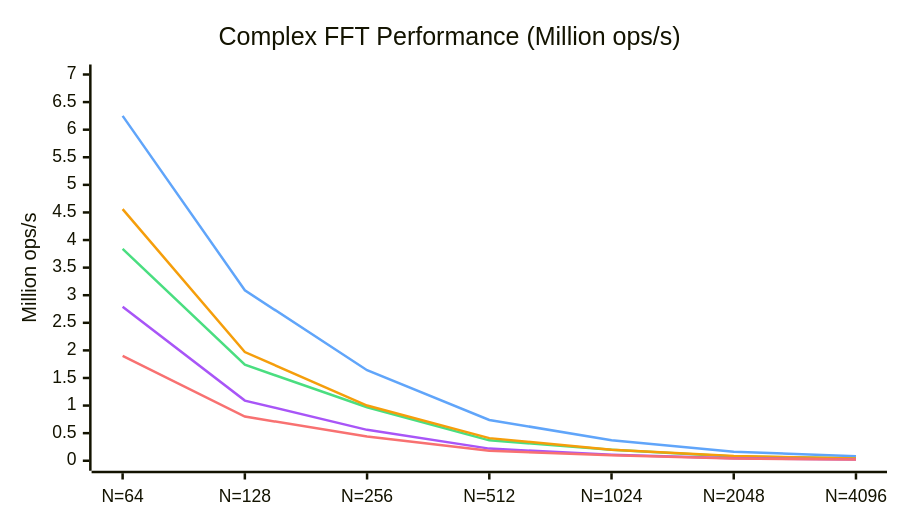
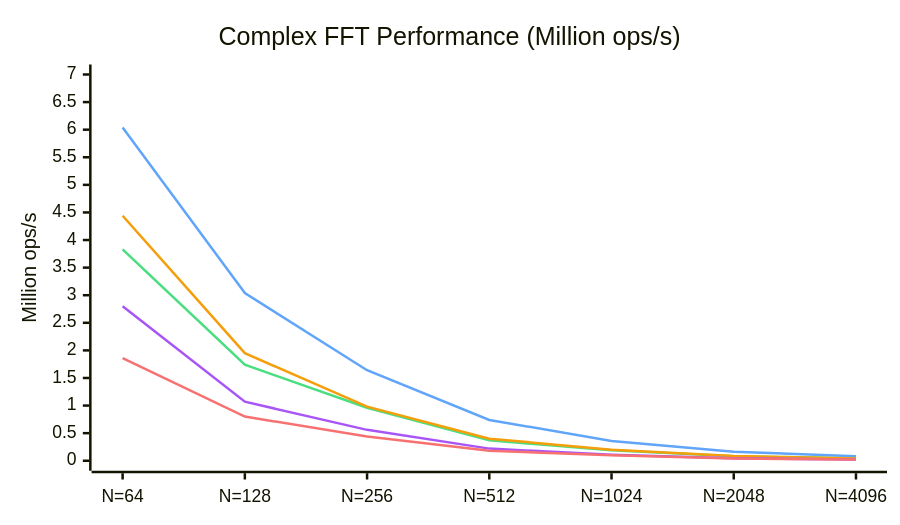
One commit to EmNudge/wat-fft changed the first of 2 diagrams in README.md. Above: the diagram before and after it, drawn with Mermaid. The commit also changed other lines of this file and 6 other files, not shown here.

````diff
--- a/README.md
+++ b/README.md
@@ -21,20 +21,20 @@
 ```mermaid
 ---
 config:
     xyChart:
         width: 700
         height: 400
     themeVariables:
         xyChart:
             plotColorPalette: "#4ade80, #60a5fa, #f59e0b, #a855f7, #f87171"
 ---
 xychart-beta
     title "Complex FFT Performance (Million ops/s)"
     x-axis [N=64, N=128, N=256, N=512, N=1024, N=2048, N=4096]
     y-axis "Million ops/s" 0 --> 7
-    line [3.84, 1.74, 0.97, 0.37, 0.20, 0.079, 0.044]
-    line [6.25, 3.09, 1.64, 0.74, 0.37, 0.163, 0.081]
-    line [4.56, 1.97, 1.00, 0.41, 0.20, 0.087, 0.042]
-    line [2.79, 1.09, 0.56, 0.22, 0.11, 0.047, 0.024]
-    line [1.90, 0.80, 0.44, 0.18, 0.10, 0.041, 0.022]
+    line [3.83, 1.74, 0.96, 0.37, 0.19, 0.080, 0.044]
+    line [6.04, 3.04, 1.64, 0.74, 0.36, 0.163, 0.081]
+    line [4.44, 1.95, 0.98, 0.40, 0.20, 0.084, 0.041]
+    line [2.80, 1.07, 0.56, 0.22, 0.11, 0.047, 0.023]
+    line [1.86, 0.80, 0.44, 0.18, 0.10, 0.041, 0.022]
 ```
````
